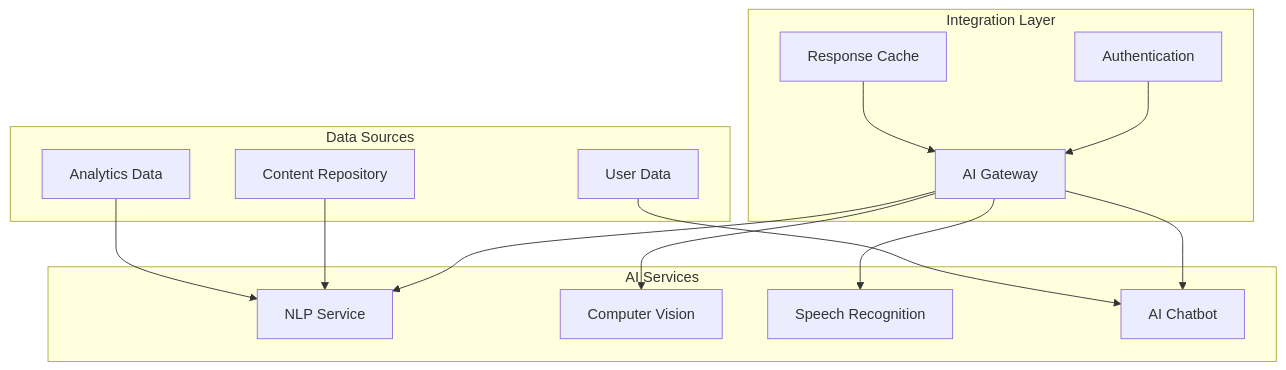
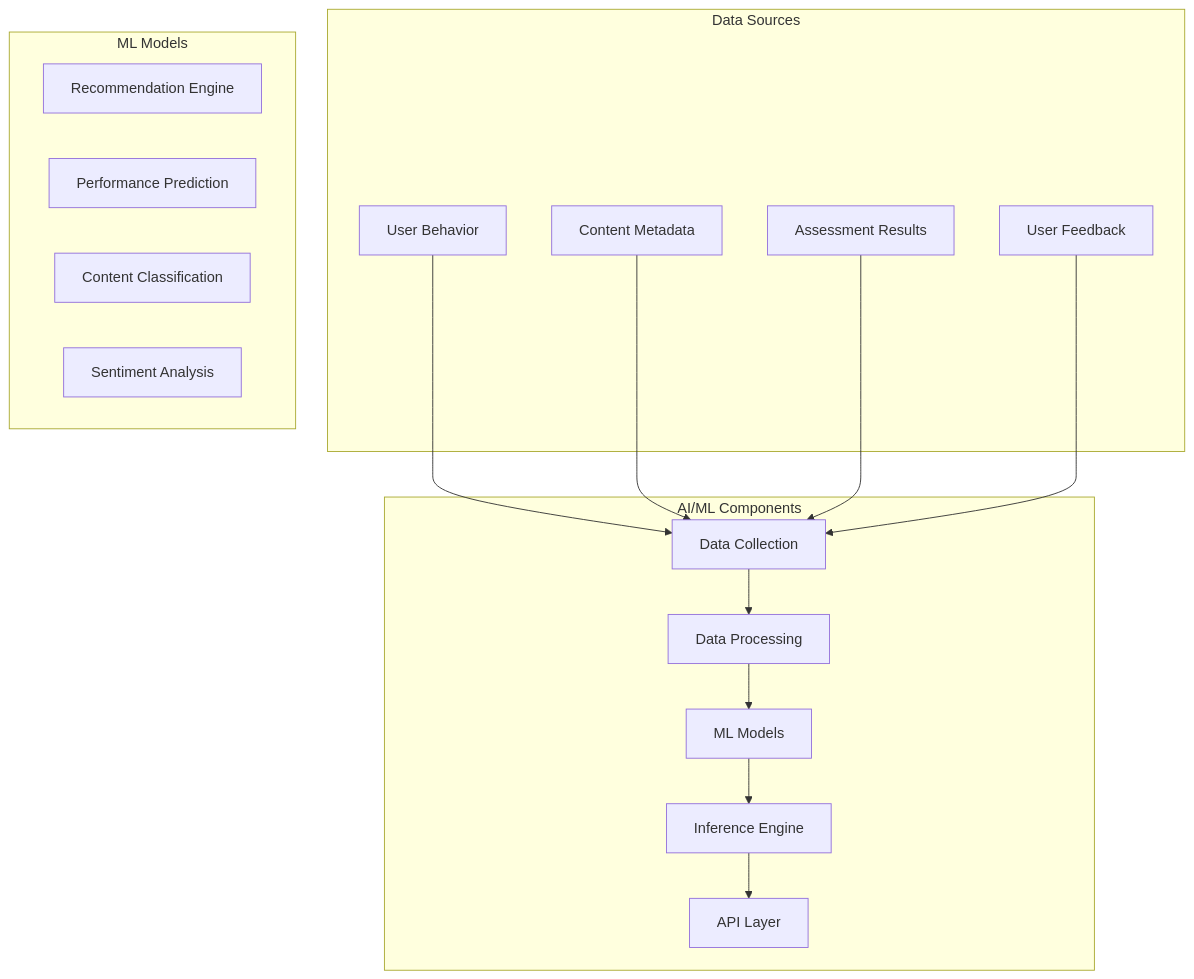
Before and after one commit to leomultimedia/LCT-LMS: the first of 2 diagrams in LCT-SystemDesign/AI_ML_RPA_Integrations.md, drawn with Mermaid. The commit also changed other lines of this file, not shown here.

````diff
--- a/LCT-SystemDesign/AI_ML_RPA_Integrations.md
+++ b/LCT-SystemDesign/AI_ML_RPA_Integrations.md
@@ -38,31 +42,33 @@
 ```mermaid
 graph TD
-    subgraph AI Services
-        NLP[NLP Service]
-        CV[Computer Vision]
-        Speech[Speech Recognition]
-        Chatbot[AI Chatbot]
-    end
-
-    subgraph Integration Layer
-        API[AI Gateway]
-        Auth[Authentication]
-        Cache[Response Cache]
+    subgraph AI/ML Components
+        Data[Data Collection]
+        Processing[Data Processing]
+        Models[ML Models]
+        Inference[Inference Engine]
+        API[API Layer]
     end
 
     subgraph Data Sources
-        Content[Content Repository]
-        UserData[User Data]
-        Analytics[Analytics Data]
+        UserData[User Behavior]
+        ContentData[Content Metadata]
+        AssessmentData[Assessment Results]
+        FeedbackData[User Feedback]
     end
 
-    API --> NLP
-    API --> CV
-    API --> Speech
-    API --> Chatbot
-    Auth --> API
-    Cache --> API
-    Content --> NLP
-    UserData --> Chatbot
-    Analytics --> NLP
+    subgraph ML Models
+        Recommend[Recommendation Engine]
+        Predict[Performance Prediction]
+        Classify[Content Classification]
+        Analyze[Sentiment Analysis]
+    end
+
+    UserData --> Data
+    ContentData --> Data
+    AssessmentData --> Data
+    FeedbackData --> Data
+    Data --> Processing
+    Processing --> Models
+    Models --> Inference
+    Inference --> API
 ```
````
